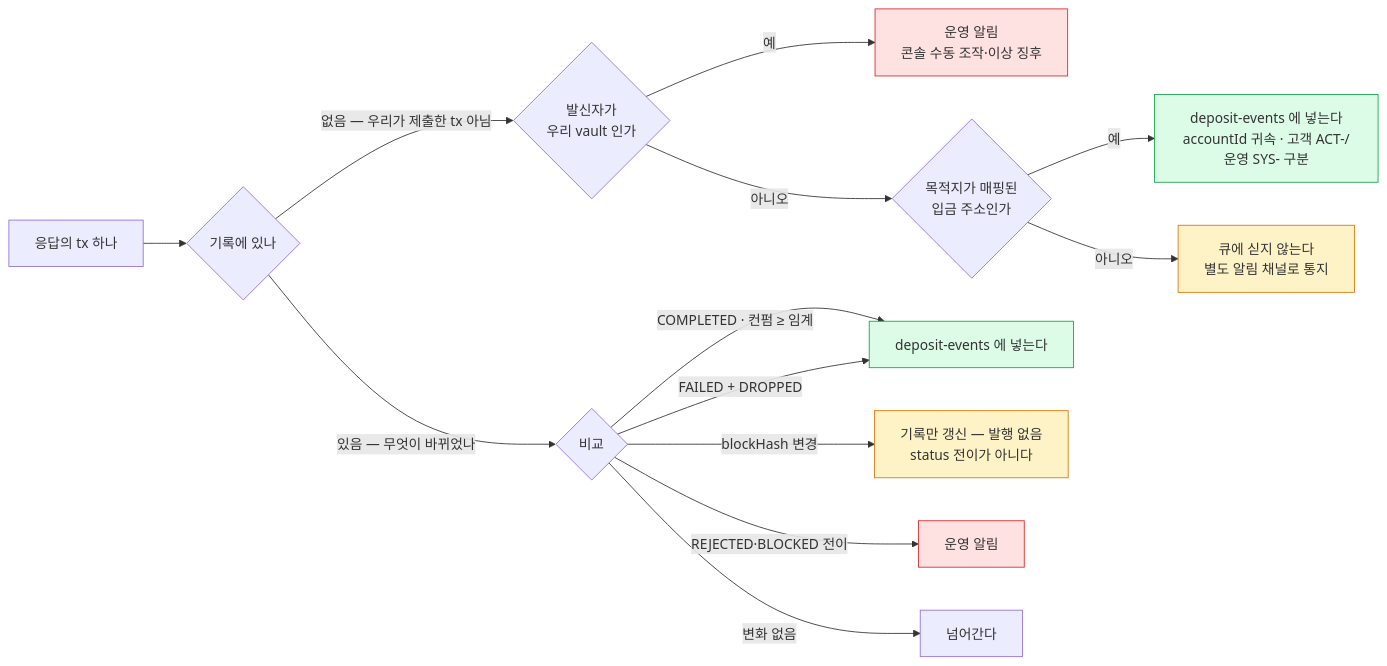
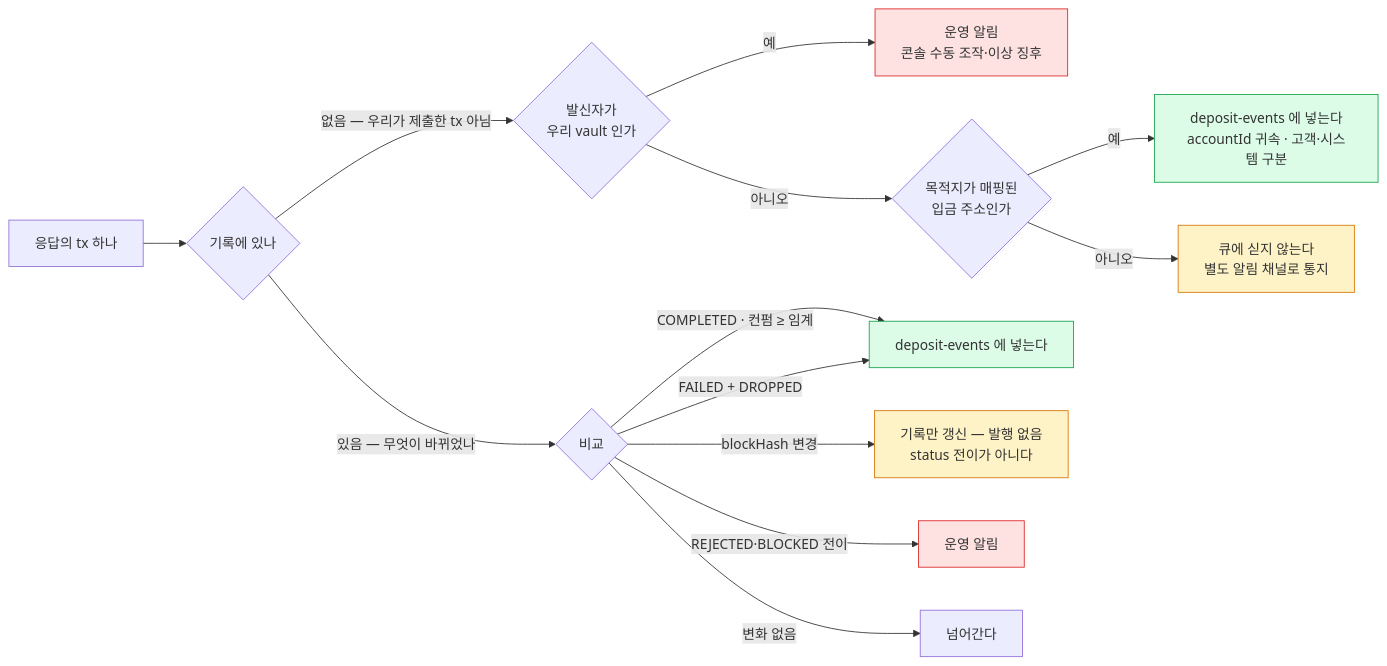
The second of 3 diagrams in blockchain-manager/docs/블록체인매니저/설계/99-polling-detection.md (eunsujeo/eunpus), drawn with Mermaid before and after one commit. The commit also changed other lines of this file and 11 other files, not shown here.

First line of the commit message:
계정 생성에 accountType 추가 — ACT-/SYS- 접두사 미사용 확인 반영

````diff
--- a/blockchain-manager/docs/블록체인매니저/설계/99-polling-detection.md
+++ b/blockchain-manager/docs/블록체인매니저/설계/99-polling-detection.md
@@ -97,24 +97,24 @@
 ```mermaid
 flowchart LR
     T["응답의 tx 하나"] --> K{"기록에 있나"}
 
     K -->|없음 — 우리가 제출한 tx 아님| S{"발신자가<br/>우리 vault 인가"}
     S -->|예| A1["운영 알림<br/>콘솔 수동 조작·이상 징후"]
     S -->|아니오| M{"목적지가 매핑된<br/>입금 주소인가"}
-    M -->|예| D["deposit-events 에 넣는다<br/>accountId 귀속 · 고객 ACT-/운영 SYS- 구분"]
+    M -->|예| D["deposit-events 에 넣는다<br/>accountId 귀속 · 고객·시스템 구분"]
     M -->|아니오| U["큐에 싣지 않는다<br/>별도 알림 채널로 통지"]
 
     K -->|있음 — 무엇이 바뀌었나| C{"비교"}
     C -->|COMPLETED · 컨펌 ≥ 임계| Q["deposit-events 에 넣는다"]
     C -->|FAILED + DROPPED| Q
     C -->|blockHash 변경| R["기록만 갱신 — 발행 없음<br/>status 전이가 아니다"]
     C -->|REJECTED·BLOCKED 전이| Z["운영 알림"]
     C -->|변화 없음| N["넘어간다"]
 
     classDef good fill:#dcfce7,stroke:#16a34a
     classDef bad fill:#fee2e2,stroke:#dc2626
     classDef wait fill:#fef3c7,stroke:#d97706
     class Q,D good
     class A1,Z bad
     class U,R wait
 ```
````
